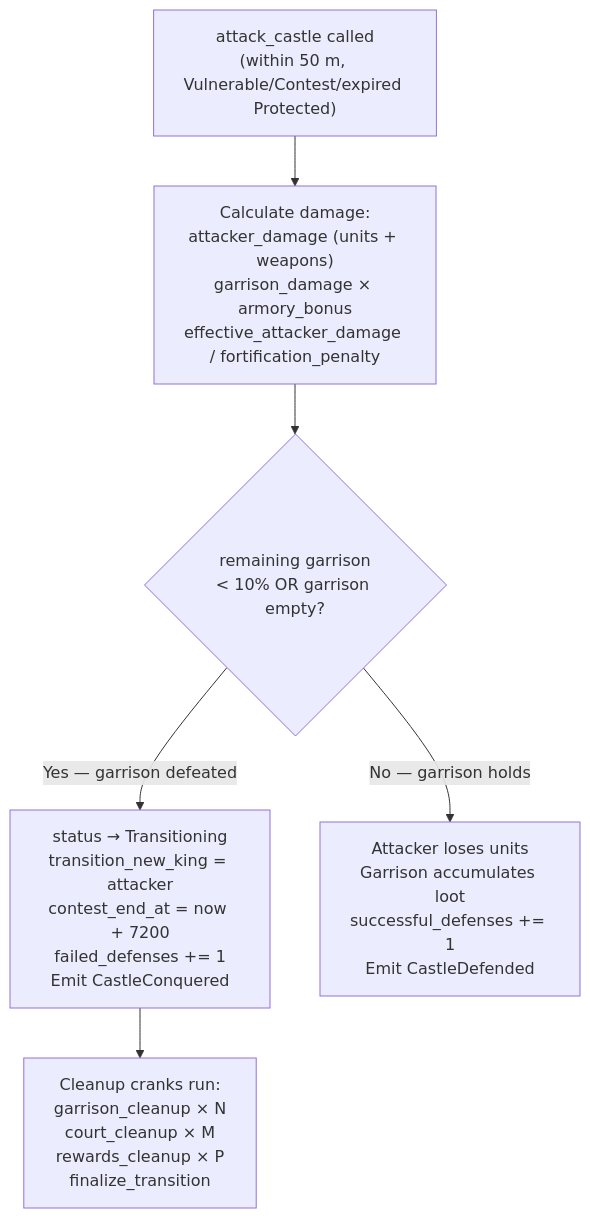
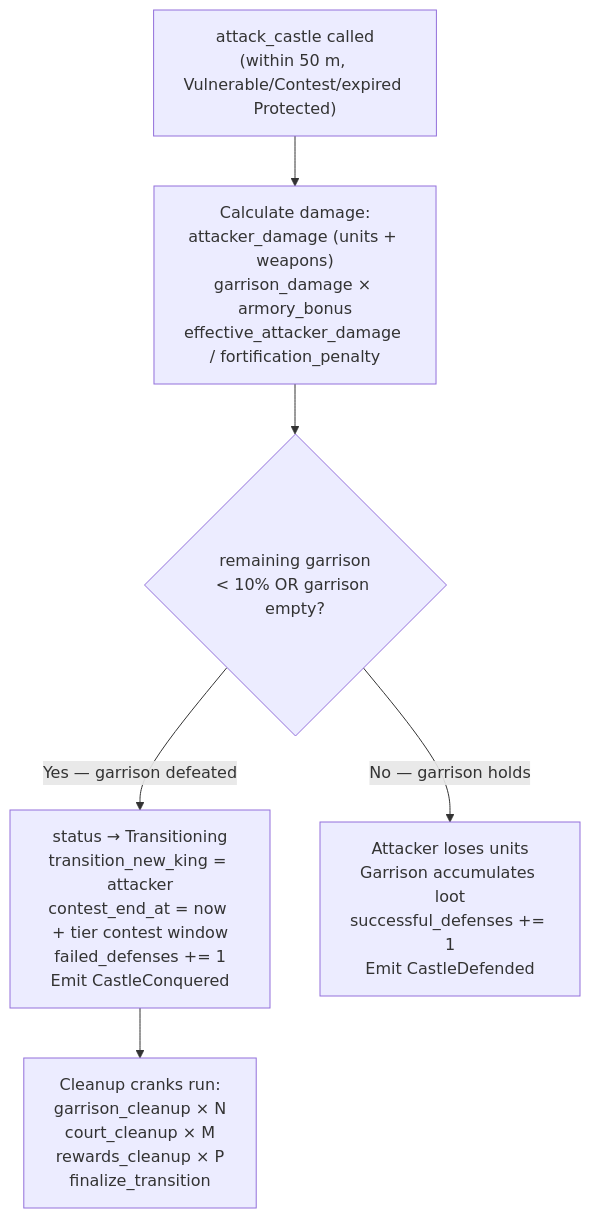
One commit to crypt0miester/novus-mundus changed the sixth of 12 diagrams in docs/onchain/04-systems/castle.md. Above: the diagram before and after it, drawn with Mermaid. The commit also changed other lines of this file and 26 other files, not shown here.

Commit message:
Castles: tier-scaled protection/contest, uniform garrison, finalize registry fix, faster crank; docs and tests updated

````diff
--- a/docs/onchain/04-systems/castle.md
+++ b/docs/onchain/04-systems/castle.md
@@ -574,9 +579,9 @@
 ```mermaid
 flowchart TD
     A["attack_castle called<br/>(within 50 m, Vulnerable/Contest/expired Protected)"]
     A --> CALC["Calculate damage:<br/>attacker_damage (units + weapons)<br/>garrison_damage × armory_bonus<br/>effective_attacker_damage / fortification_penalty"]
     CALC --> CHECK{"remaining garrison<br/>< 10% OR garrison empty?"}
-    CHECK -->|"Yes — garrison defeated"| TRANS["status → Transitioning<br/>transition_new_king = attacker<br/>contest_end_at = now + 7200<br/>failed_defenses += 1<br/>Emit CastleConquered"]
+    CHECK -->|"Yes — garrison defeated"| TRANS["status → Transitioning<br/>transition_new_king = attacker<br/>contest_end_at = now + tier contest window<br/>failed_defenses += 1<br/>Emit CastleConquered"]
     CHECK -->|"No — garrison holds"| DEF["Attacker loses units<br/>Garrison accumulates loot<br/>successful_defenses += 1<br/>Emit CastleDefended"]
     TRANS --> CRANK["Cleanup cranks run:<br/>garrison_cleanup × N<br/>court_cleanup × M<br/>rewards_cleanup × P<br/>finalize_transition"]
 ```
````
